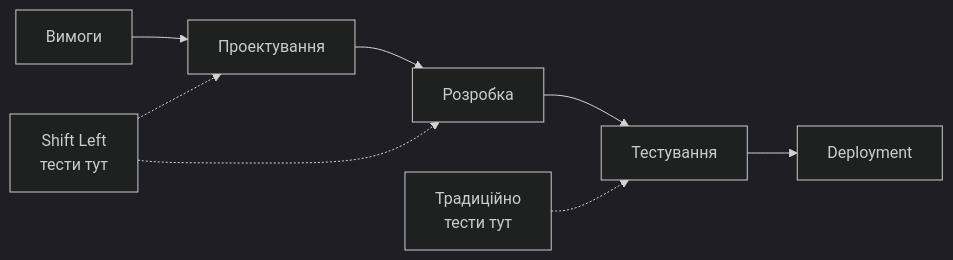
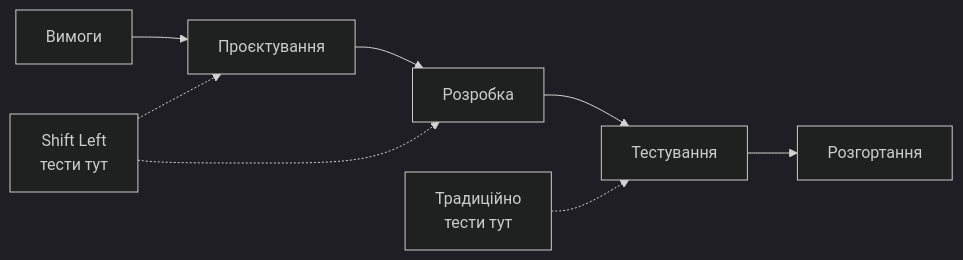
Before and after one commit to olroi421/course-opi-v2: the ninth of 11 diagrams in presentations/presentation-13.md, drawn with Mermaid (dark theme). The commit also changed other lines of this file and 9 other files, not shown here.

````diff
--- a/presentations/presentation-13.md
+++ b/presentations/presentation-13.md
@@ -433,11 +499,11 @@
 ```mermaid
 graph LR
-    A[Вимоги] --> B[Проектування]
+    A[Вимоги] --> B[Проєктування]
     B --> C[Розробка]
     C --> D[Тестування]
-    D --> E[Deployment]
+    D --> E[Розгортання]
 
     F[Традиційно<br/>тести тут] -.-> D
     G[Shift Left<br/>тести тут] -.-> B
     G -.-> C
 ```
````
